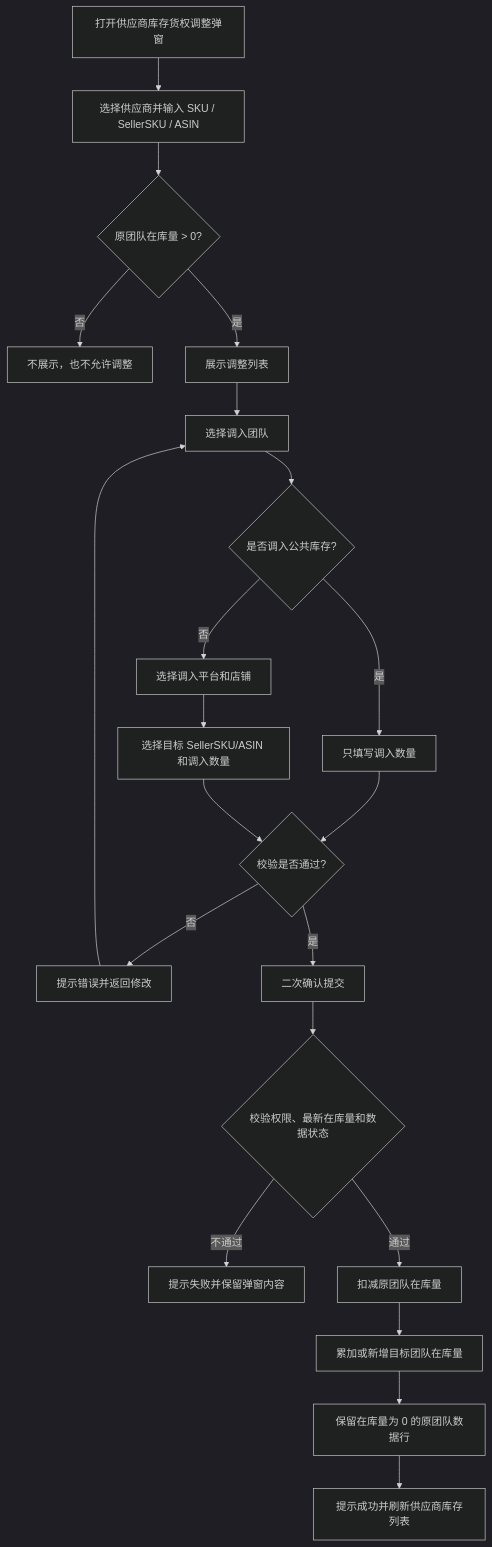
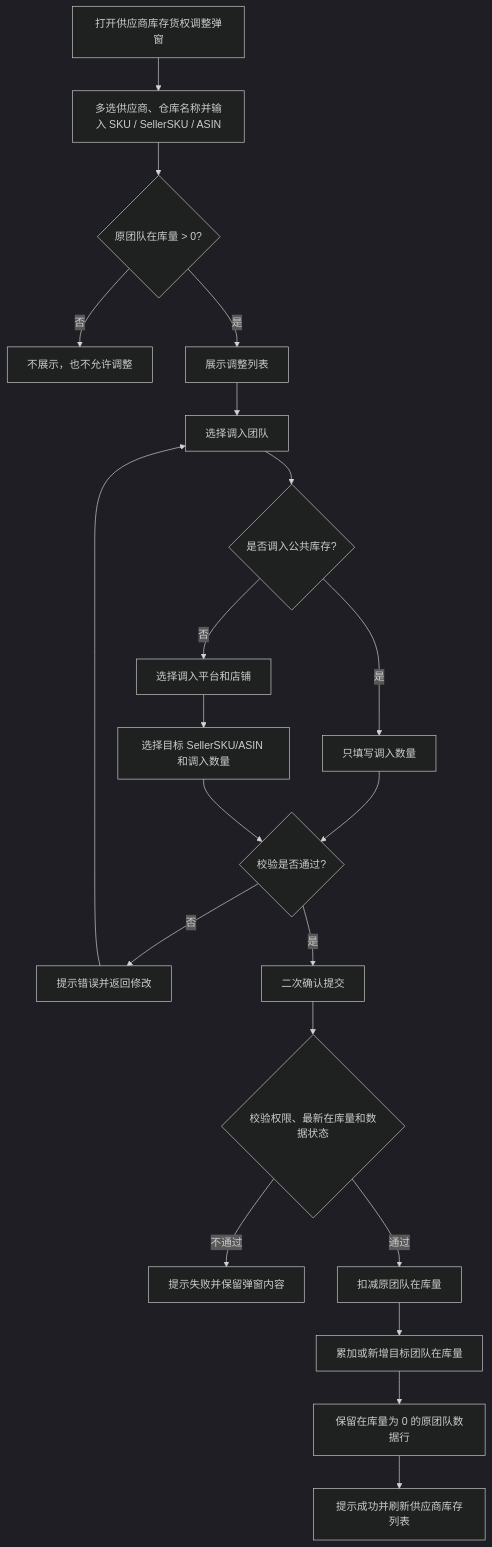
The diagram in PRD/供应商库存货权调整-PRD.md (heiquanrenheiquanren-lab/Middle-Platform-Pages), drawn with Mermaid (dark theme) before and after one commit. The commit also changed other lines of this file and 11 other files, not shown here.

````diff
--- a/PRD/供应商库存货权调整-PRD.md
+++ b/PRD/供应商库存货权调整-PRD.md
@@ -102,23 +106,23 @@
 ```mermaid
 flowchart TD
-    A["打开供应商库存货权调整弹窗"] --> B["选择供应商并输入 SKU / SellerSKU / ASIN"]
+    A["打开供应商库存货权调整弹窗"] --> B["多选供应商、仓库名称并输入 SKU / SellerSKU / ASIN"]
     B --> C{"原团队在库量 > 0?"}
     C -- "否" --> D["不展示，也不允许调整"]
     C -- "是" --> E["展示调整列表"]
     E --> F["选择调入团队"]
     F --> G{"是否调入公共库存?"}
     G -- "是" --> H["只填写调入数量"]
     G -- "否" --> I["选择调入平台和店铺"]
     I --> J["选择目标 SellerSKU/ASIN 和调入数量"]
     H --> K{"校验是否通过?"}
     J --> K
     K -- "否" --> L["提示错误并返回修改"]
     L --> F
     K -- "是" --> M["二次确认提交"]
     M --> N{"校验权限、最新在库量和数据状态"}
     N -- "不通过" --> O["提示失败并保留弹窗内容"]
     N -- "通过" --> P["扣减原团队在库量"]
     P --> Q["累加或新增目标团队在库量"]
     Q --> R["保留在库量为 0 的原团队数据行"]
     R --> S["提示成功并刷新供应商库存列表"]
 ```
````
